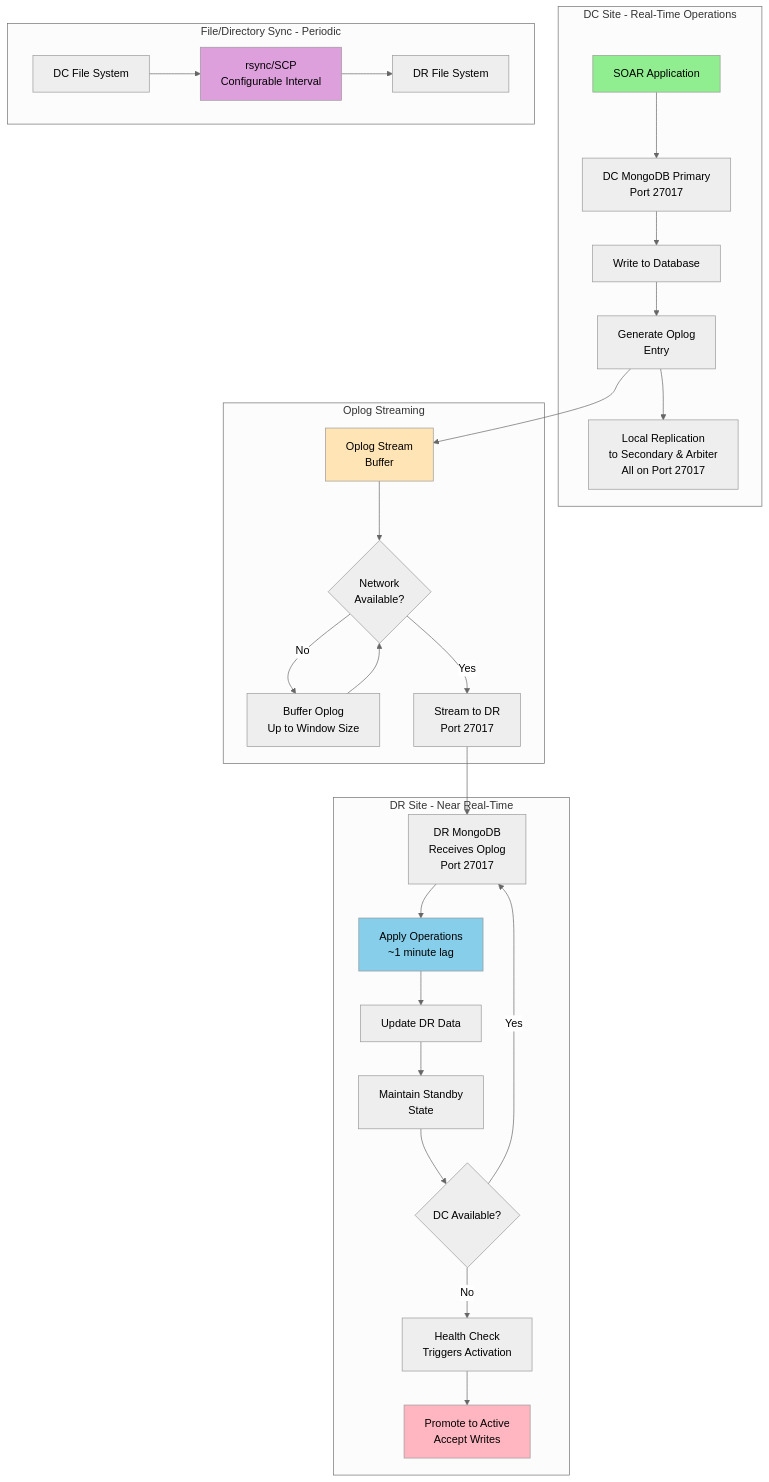
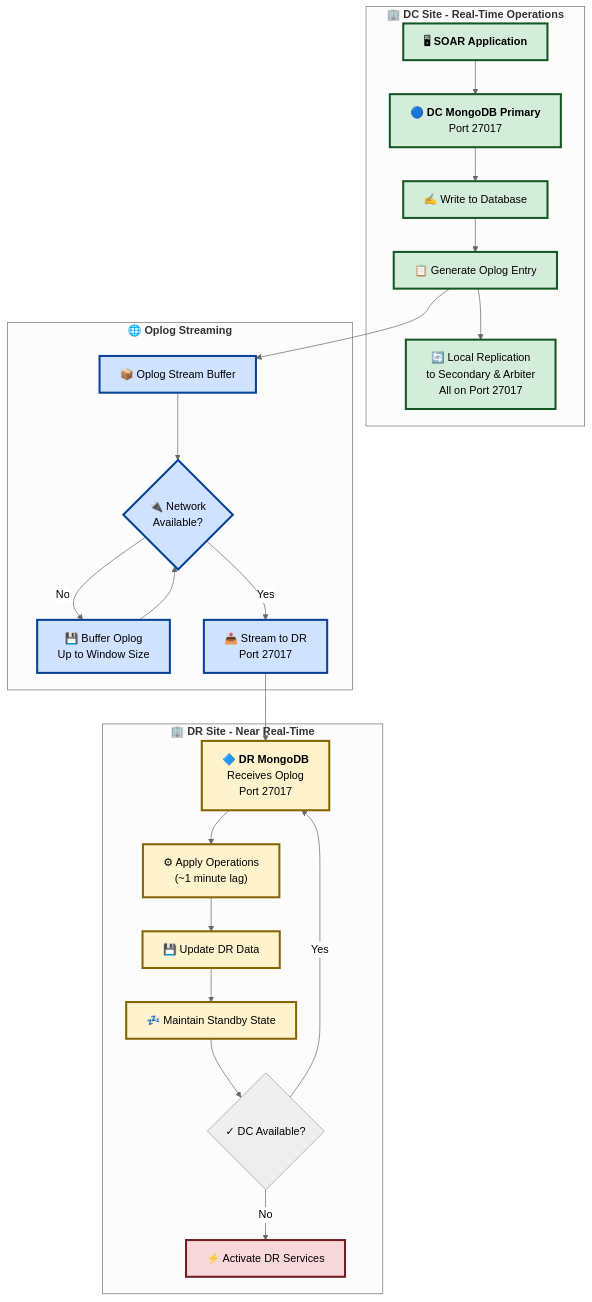
Before and after one commit to Vishwa0220/customers-docs: the ninth of 11 diagrams in HA_DR_Architecture_Documentation_dt.md, drawn with Mermaid (neutral theme). The commit also changed other lines of this file, not shown here.

````diff
--- a/HA_DR_Architecture_Documentation_dt.md
+++ b/HA_DR_Architecture_Documentation_dt.md
@@ -537,39 +553,37 @@
 ```mermaid
 graph TB
-    subgraph "DC Site - Real-Time Operations"
-        A[SOAR Application] --> B[DC MongoDB Primary<br/>Port 27017]
-        B --> C[Write to Database]
-        C --> D[Generate Oplog<br/>Entry]
-        D --> E[Local Replication<br/>to Secondary & Arbiter<br/>All on Port 27017]
+    subgraph DC["<b>🏢 DC Site - Real-Time Operations</b>"]
+        A["🖥 <b>SOAR Application</b>"] --> B["🔵 <b>DC MongoDB Primary</b><br/>Port 27017"]
+        B --> C["✍ Write to Database"]
+        C --> D["📋 Generate Oplog Entry"]
+        D --> E["🔄 Local Replication<br/>to Secondary & Arbiter<br/>All on Port 27017"]
     end
     
-    subgraph "Oplog Streaming"
-        D --> F[Oplog Stream<br/>Buffer]
-        F --> G{Network<br/>Available?}
-        G -->|No| H[Buffer Oplog<br/>Up to Window Size]
+    subgraph STREAM["<b>🌐 Oplog Streaming</b>"]
+        D --> F["📦 Oplog Stream Buffer"]
+        F --> G{"🔌 Network<br/>Available?"}
+        G -->|"No"| H["💾 Buffer Oplog<br/>Up to Window Size"]
         H --> G
-        G -->|Yes| I[Stream to DR<br/>Port 27017]
+        G -->|"Yes"| I["📤 Stream to DR<br/>Port 27017"]
     end
     
-    subgraph "DR Site - Near Real-Time"
-        I --> J[DR MongoDB<br/>Receives Oplog<br/>Port 27017]
-        J --> K[Apply Operations<br/>~1 minute lag]
-        K --> L[Update DR Data]
-        L --> M[Maintain Standby<br/>State]
-        M --> N{DC Available?}
-        N -->|Yes| J
-        N -->|No| O[Health Check<br/>Triggers Activation]
-        O --> P[Promote to Active<br/>Accept Writes]
+    subgraph DR["<b>🏢 DR Site - Near Real-Time</b>"]
+        I --> J["🔷 <b>DR MongoDB</b><br/>Receives Oplog<br/>Port 27017"]
+        J --> K["⚙ Apply Operations<br/>(~1 minute lag)"]
+        K --> L["💾 Update DR Data"]
+        L --> M["💤 Maintain Standby State"]
+        M --> N{"✓ DC Available?"}
+        N -->|"Yes"| J
+        N -->|"No"| O["⚡ Activate DR Services"]
     end
     
-    subgraph "File/Directory Sync - Periodic"
-        Q[DC File System] --> R[rsync/SCP<br/>Configurable Interval]
-        R --> S[DR File System]
-    end
+    classDef dcStyle fill:#d4edda,stroke:#155724,stroke-width:3px,color:#000
+    classDef streamStyle fill:#cfe2ff,stroke:#084298,stroke-width:3px,color:#000
+    classDef drStyle fill:#fff3cd,stroke:#856404,stroke-width:3px,color:#000
+    classDef alertStyle fill:#f8d7da,stroke:#721c24,stroke-width:3px,color:#000
     
-    style A fill:#90EE90
-    style F fill:#FFE4B5
-    style K fill:#87CEEB
-    style P fill:#FFB6C1
-    style R fill:#DDA0DD
+    class A,B,C,D,E dcStyle
+    class F,G,H,I streamStyle
+    class J,K,L,M drStyle
+    class O alertStyle
 ```
````
